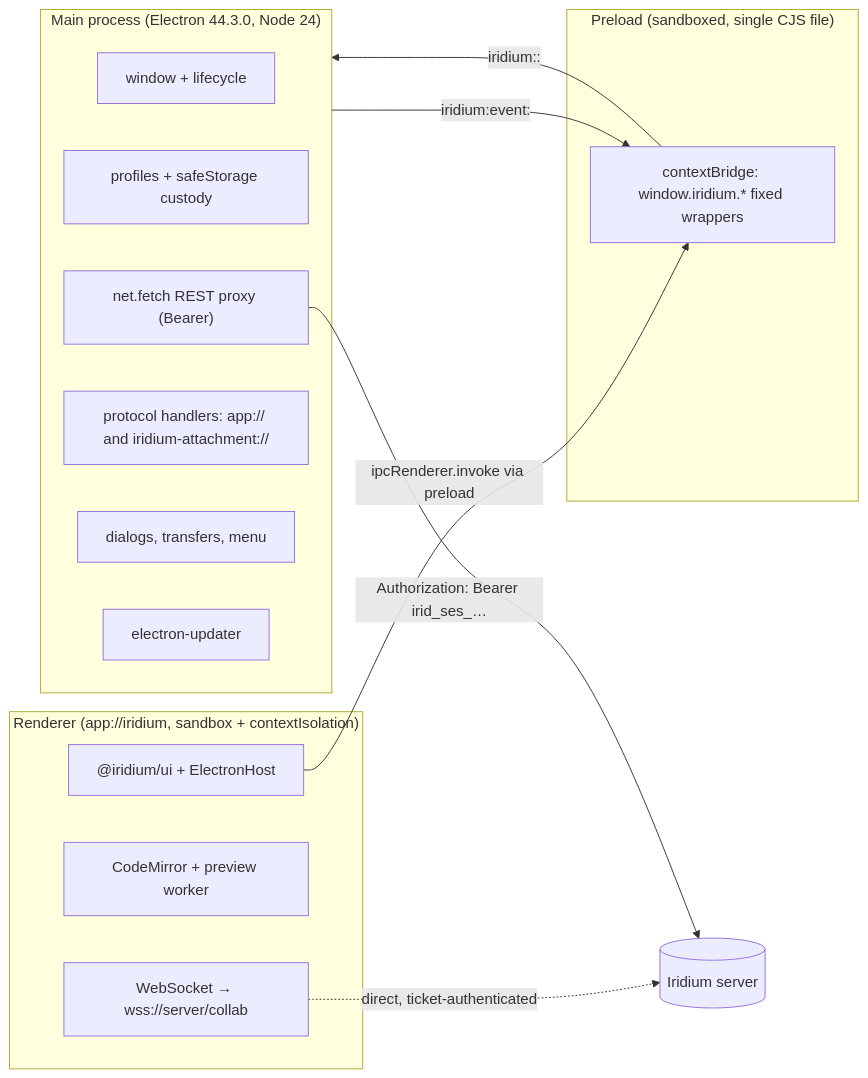
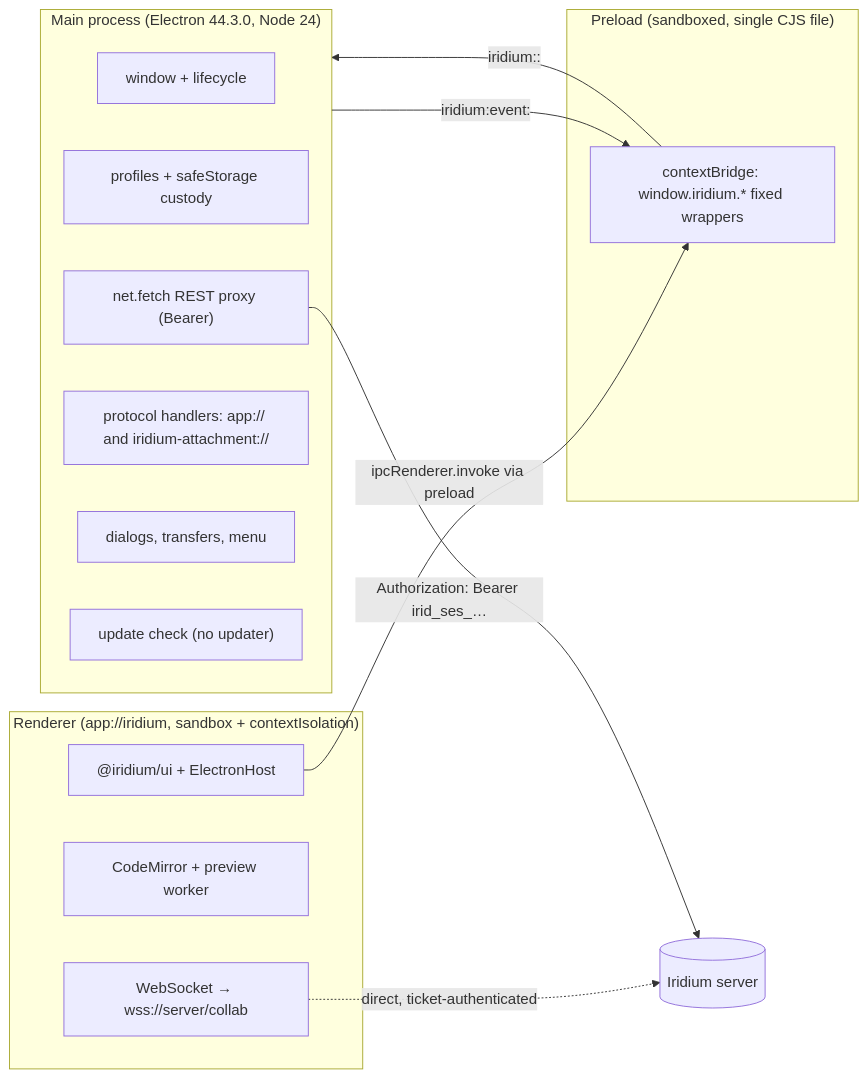
Before and after one commit to Mythikos/iridium: the fourth of 4 diagrams in docs/plan/07-client-applications.md, drawn with Mermaid. The commit also changed other lines of this file and 15 other files, not shown here.

````diff
--- a/docs/plan/07-client-applications.md
+++ b/docs/plan/07-client-applications.md
@@ -1073,24 +1085,24 @@
 ```mermaid
 flowchart LR
   subgraph main["Main process (Electron 44.3.0, Node 24)"]
     M1["window + lifecycle"]
     M2["profiles + safeStorage custody"]
     M3["net.fetch REST proxy (Bearer)"]
     M4["protocol handlers: app:// and iridium-attachment://"]
     M5["dialogs, transfers, menu"]
-    M6["electron-updater"]
+    M6["update check (no updater)"]
   end
   subgraph pre["Preload (sandboxed, single CJS file)"]
     P1["contextBridge: window.iridium.* fixed wrappers"]
   end
   subgraph rend["Renderer (app://iridium, sandbox + contextIsolation)"]
     R1["@iridium/ui + ElectronHost"]
     R2["CodeMirror + preview worker"]
     R3["WebSocket → wss://server/collab"]
   end
   R1 -- "ipcRenderer.invoke via preload" --> P1
   P1 -- "iridium:<domain>:<verb>" --> main
   main -- "iridium:event:<name>" --> P1
   R3 -. "direct, ticket-authenticated" .-> server[("Iridium server")]
   M3 -- "Authorization: Bearer irid_ses_…" --> server
 ```
````
